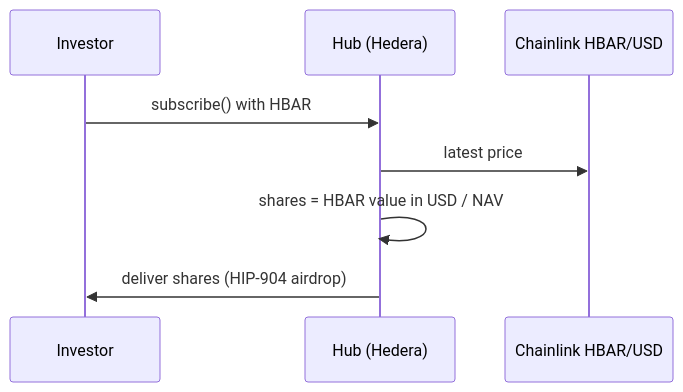
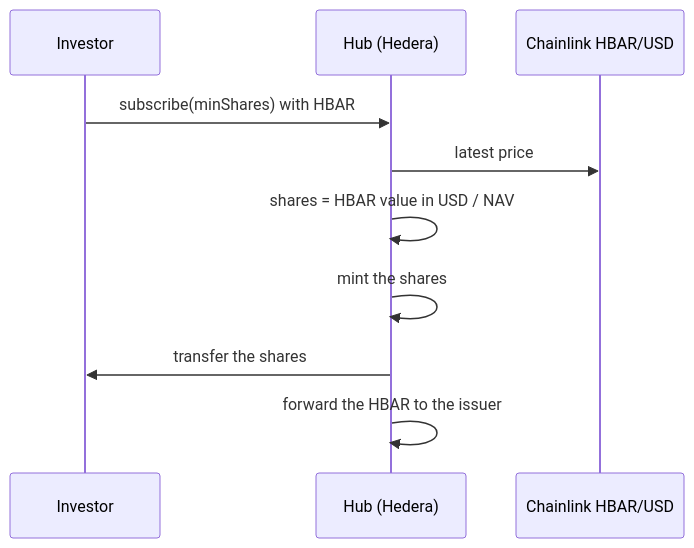
Before and after one commit to MukulKolpe/atollway: the third of 5 diagrams in docs/architecture.md, drawn with Mermaid. The commit also changed other lines of this file, not shown here.

Commit message:
docs(architecture): show association in the approval and subscription flows

````diff
--- a/docs/architecture.md
+++ b/docs/architecture.md
@@ -96,10 +100,12 @@
 ```mermaid
 sequenceDiagram
   participant V as Investor
   participant H as Hub (Hedera)
   participant F as Chainlink HBAR/USD
-  V->>H: subscribe() with HBAR
+  V->>H: subscribe(minShares) with HBAR
   H->>F: latest price
   H->>H: shares = HBAR value in USD / NAV
-  H->>V: deliver shares (HIP-904 airdrop)
+  H->>H: mint the shares
+  H->>V: transfer the shares
+  H->>H: forward the HBAR to the issuer
 ```
````
